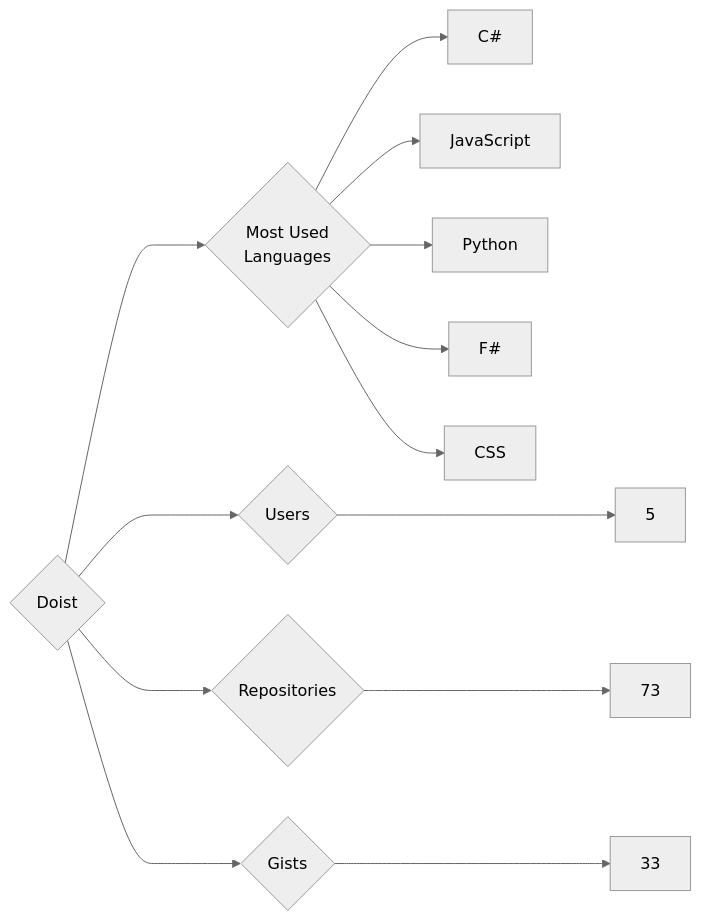
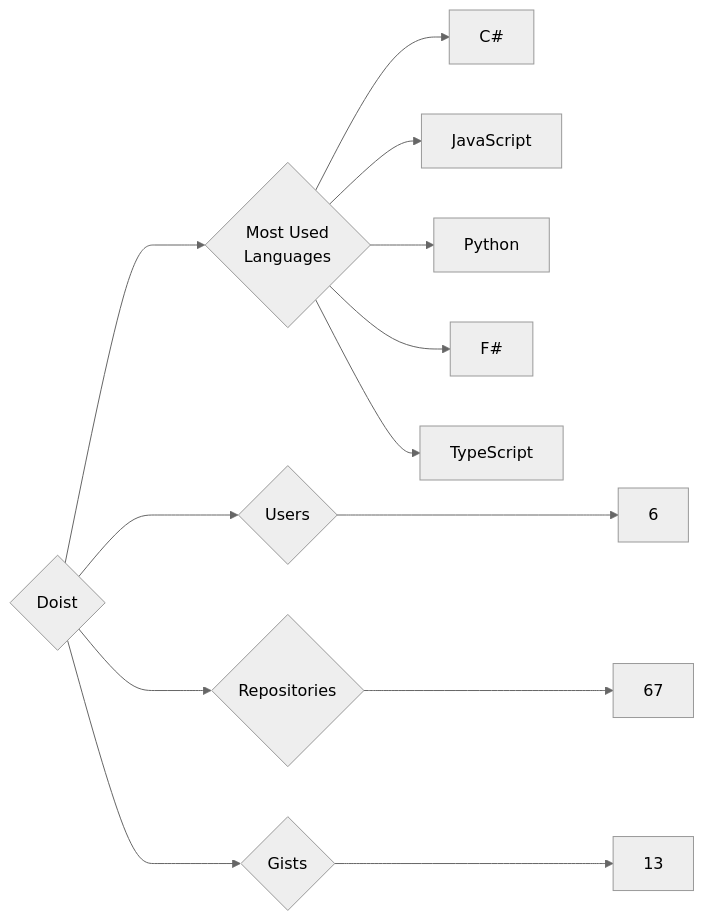
One commit to trickest/insiders changed the diagram in targets/Doist/README.md. Above: the diagram before and after it, drawn with Mermaid (neutral theme). The commit also changed 1149 other files, not shown here.

````diff
--- a/targets/Doist/README.md
+++ b/targets/Doist/README.md
@@ -3,13 +3,13 @@
 ```mermaid
 graph LR
 COMPANY_NAME{Doist}
-COMPANY_NAME ---> U{Users} ---> UN[5]
-COMPANY_NAME ---> R{Repositories} ---> RN[73]
-COMPANY_NAME ---> G{Gists} ---> GN[33]
+COMPANY_NAME ---> U{Users} ---> UN[6]
+COMPANY_NAME ---> R{Repositories} ---> RN[67]
+COMPANY_NAME ---> G{Gists} ---> GN[13]
 COMPANY_NAME ---> ML{Most Used<br>Languages}
 ML --> C#[C#]
 ML --> JavaScript[JavaScript]
 ML --> Python[Python]
 ML --> F#[F#]
-ML --> CSS[CSS]
+ML --> TypeScript[TypeScript]
 ```
````
